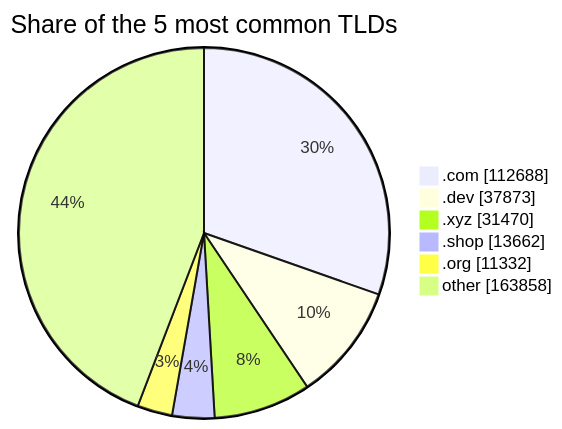
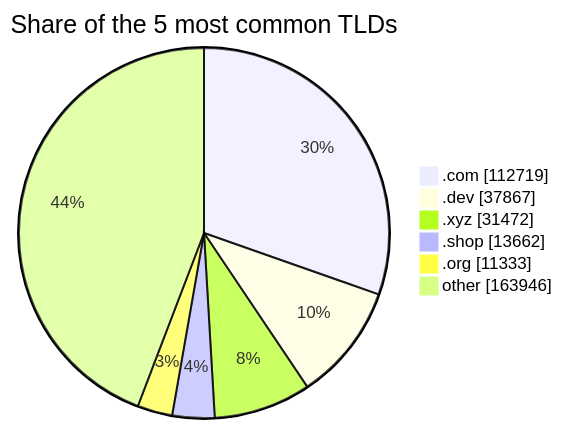
The third of 3 diagrams in README.md (DNSBunker/CTI), drawn with Mermaid before and after one commit. The commit also changed other lines of this file and 3 other files, not shown here.

````diff
--- a/README.md
+++ b/README.md
@@ -81,9 +81,9 @@
 ```mermaid
 pie showData title Share of the 5 most common TLDs
-    ".com" : 112688
-    ".dev" : 37873
-    ".xyz" : 31470
+    ".com" : 112719
+    ".dev" : 37867
+    ".xyz" : 31472
     ".shop" : 13662
-    ".org" : 11332
-    "other" : 163858
+    ".org" : 11333
+    "other" : 163946
 ```
````
